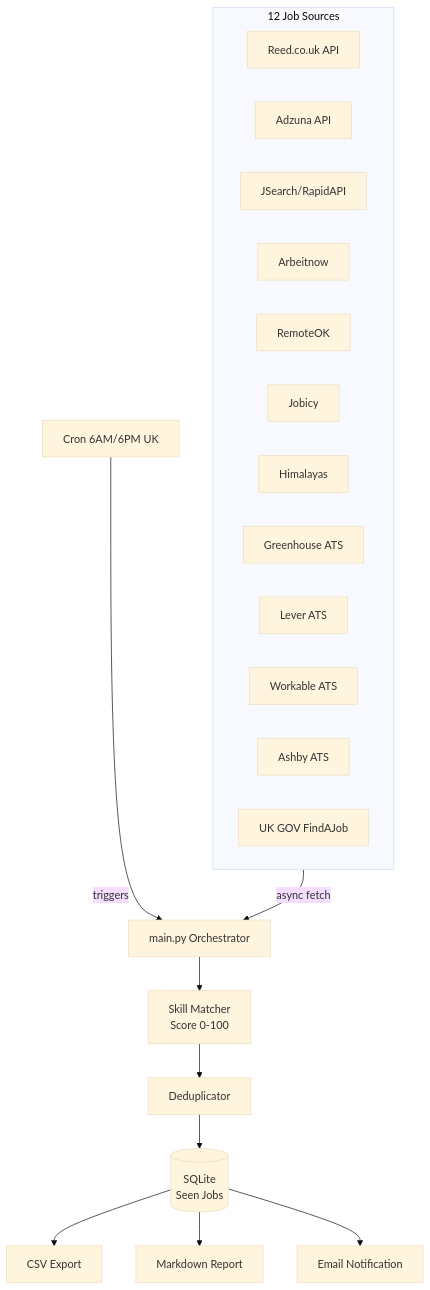
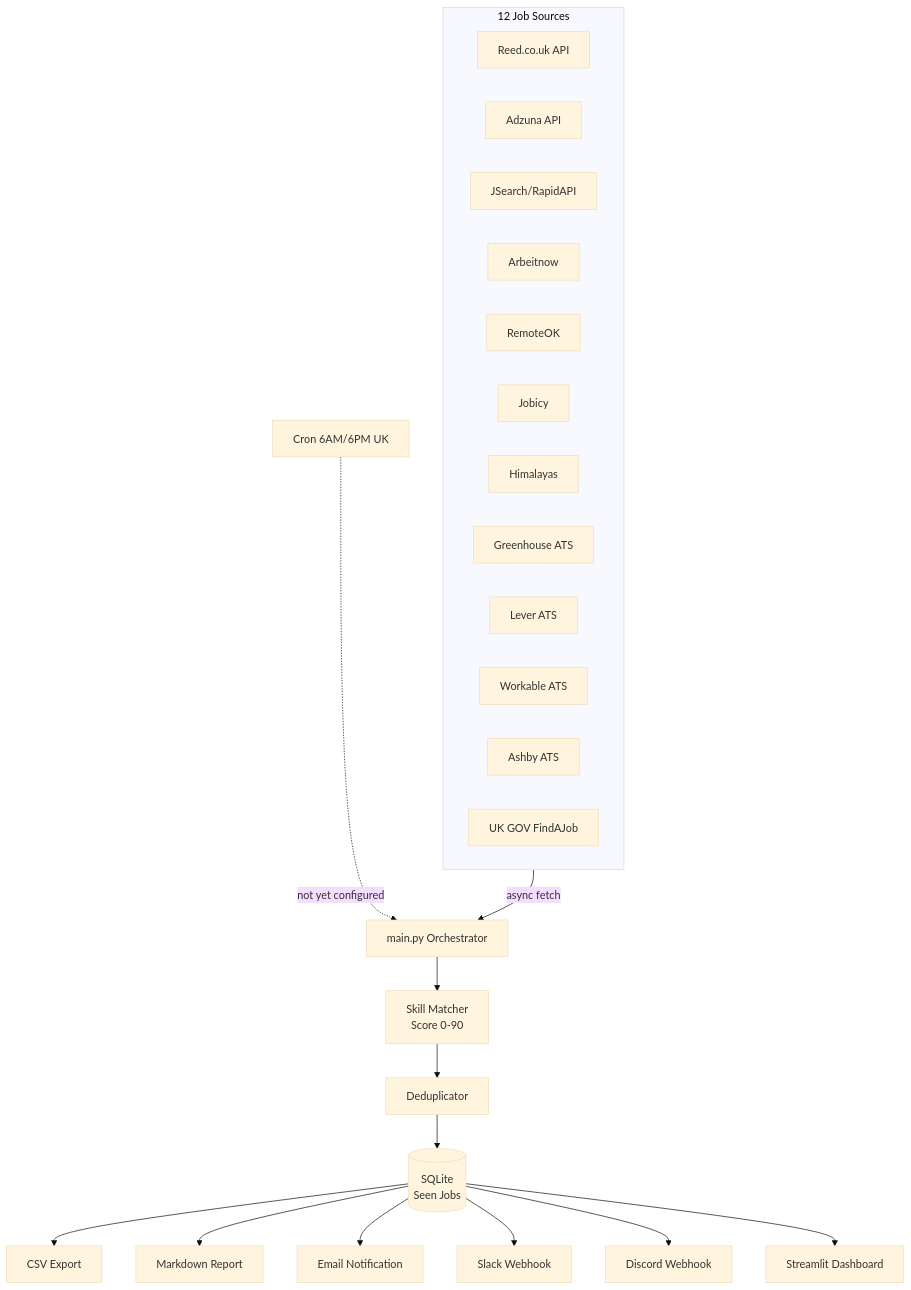
One commit to Ranjith36963/job360 changed the diagram in README.md. Above: the diagram before and after it, drawn with Mermaid (base theme). The commit also changed other lines of this file, not shown here.

````diff
--- a/README.md
+++ b/README.md
@@ -7,26 +7,29 @@
 ```mermaid
 flowchart TD
     subgraph Sources["12 Job Sources"]
         A1[Reed.co.uk API]
         A2[Adzuna API]
         A3[JSearch/RapidAPI]
         B1[Arbeitnow]
         B2[RemoteOK]
         B3[Jobicy]
         B4[Himalayas]
         C1[Greenhouse ATS]
         C2[Lever ATS]
         C3[Workable ATS]
         C4[Ashby ATS]
         D1[UK GOV FindAJob]
     end
 
     Sources -->|async fetch| Orchestrator[main.py Orchestrator]
-    Orchestrator --> Scorer[Skill Matcher\nScore 0-100]
+    Orchestrator --> Scorer[Skill Matcher\nScore 0-90]
     Scorer --> Dedup[Deduplicator]
     Dedup --> DB[(SQLite\nSeen Jobs)]
     DB --> CSV[CSV Export]
     DB --> Report[Markdown Report]
     DB --> Email[Email Notification]
-    Cron[Cron 6AM/6PM UK] -->|triggers| Orchestrator
+    DB --> Slack[Slack Webhook]
+    DB --> Discord[Discord Webhook]
+    DB --> Dashboard[Streamlit Dashboard]
+    Cron[Cron 6AM/6PM UK] -.->|not yet configured| Orchestrator
 ```
````
